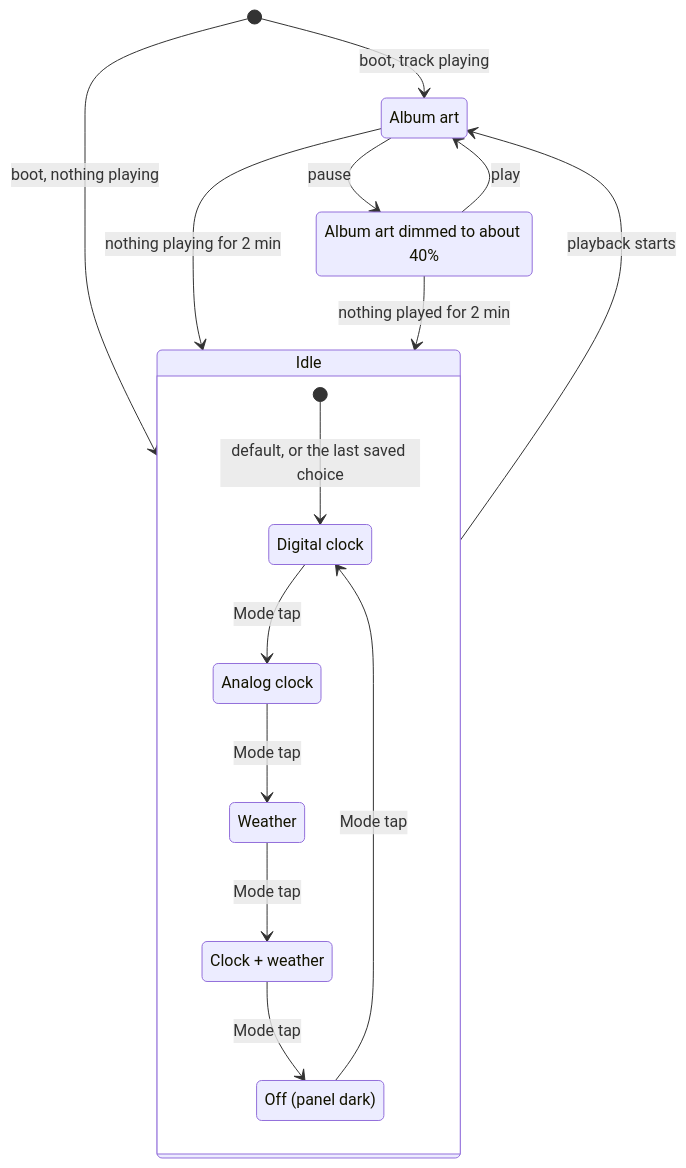
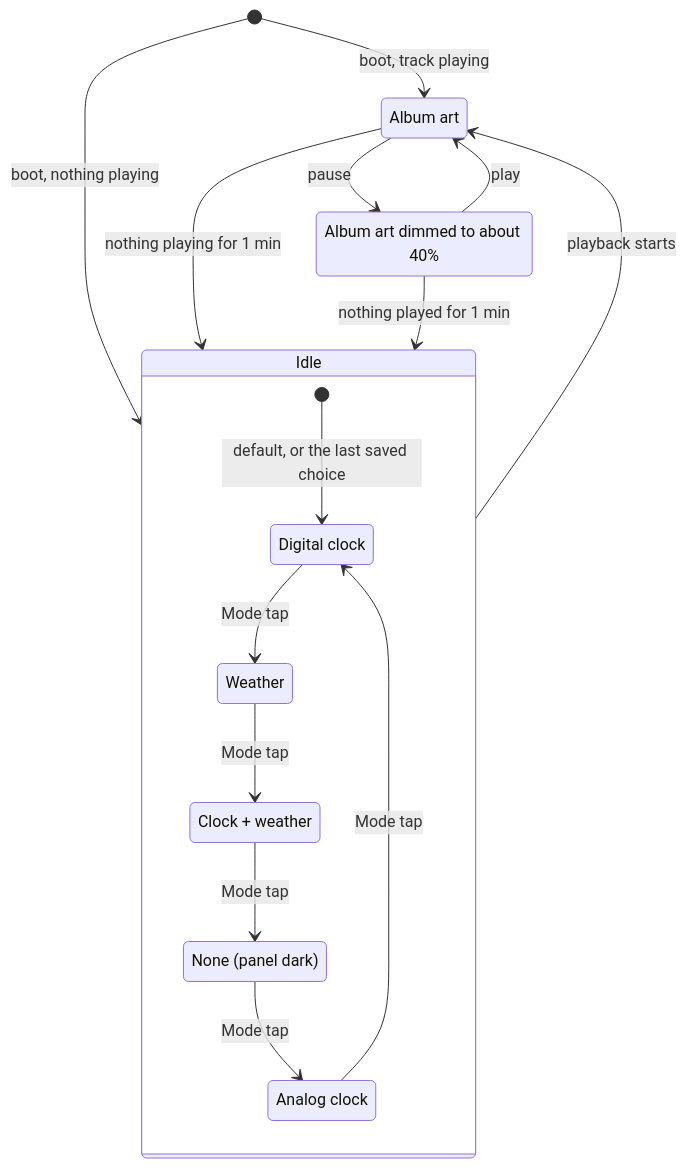
Before and after one commit to mathewpwheatley/on-air: the first of 5 diagrams in docs/requirements.md, drawn with Mermaid. The commit also changed other lines of this file and 77 other files, not shown here.

````diff
--- a/docs/requirements.md
+++ b/docs/requirements.md
@@ -55,26 +55,26 @@
 ```mermaid
 stateDiagram-v2
     [*] --> Idle: boot, nothing playing
     [*] --> Playing: boot, track playing
     Playing: Album art
     Paused: Album art dimmed to about 40%
     Playing --> Paused: pause
     Paused --> Playing: play
-    Playing --> Idle: nothing playing for 2 min
-    Paused --> Idle: nothing played for 2 min
+    Playing --> Idle: nothing playing for 1 min
+    Paused --> Idle: nothing played for 1 min
     Idle --> Playing: playback starts
 
     state Idle {
         [*] --> Digital: default, or the last saved choice
         Digital: Digital clock
         Analog: Analog clock
         Weather: Weather
         ClockWeather: Clock + weather
-        Off: Off (panel dark)
-        Digital --> Analog: Mode tap
-        Analog --> Weather: Mode tap
+        Off: None (panel dark)
+        Analog --> Digital: Mode tap
+        Digital --> Weather: Mode tap
         Weather --> ClockWeather: Mode tap
         ClockWeather --> Off: Mode tap
-        Off --> Digital: Mode tap
+        Off --> Analog: Mode tap
     }
 ```
````
